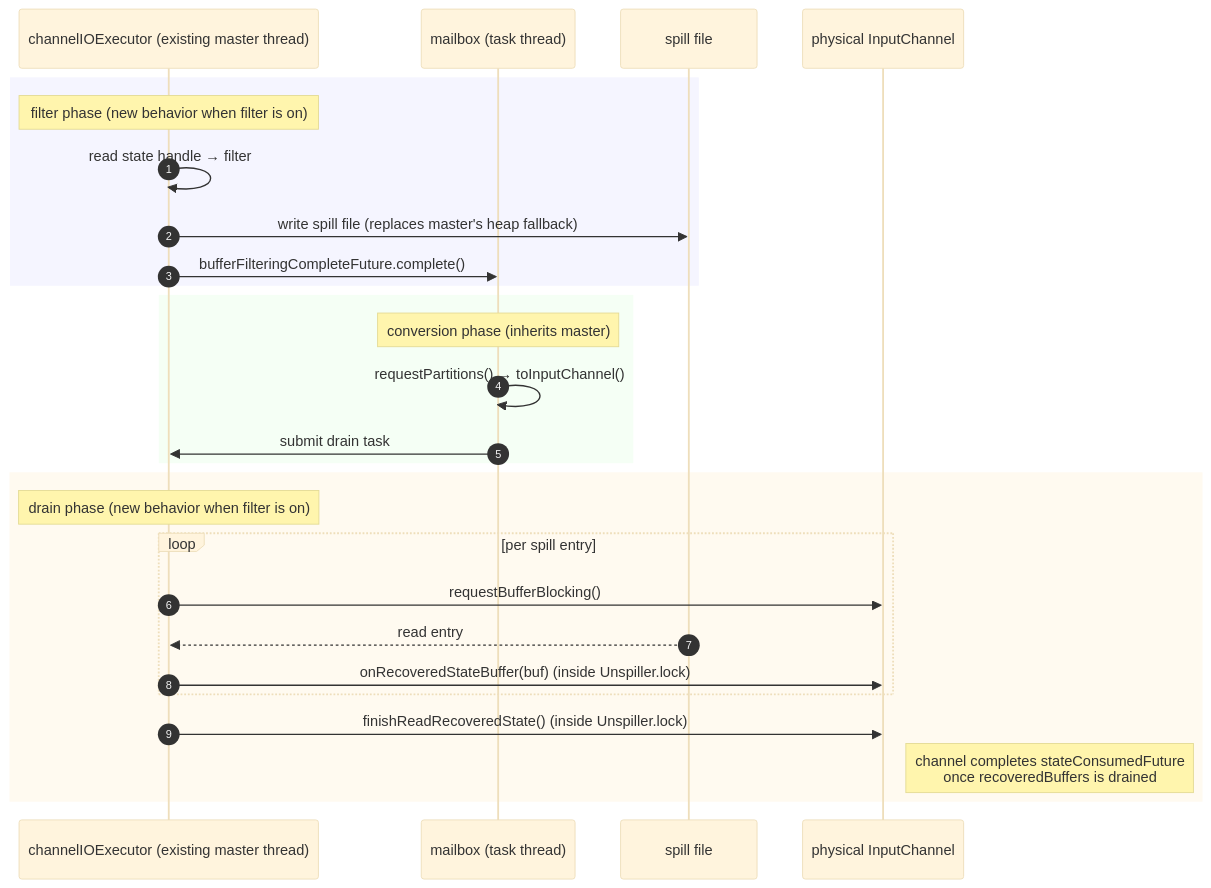
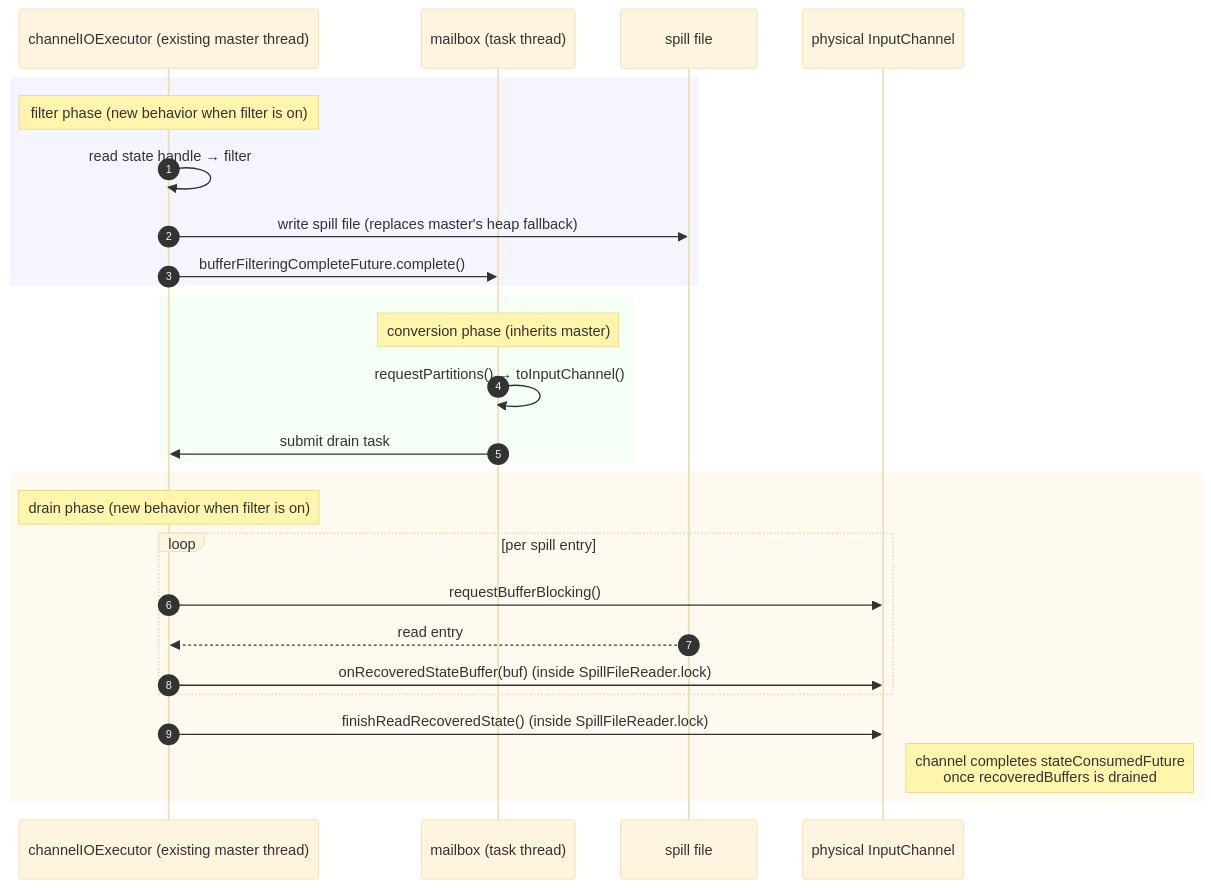
One commit to 1996fanrui/flink changed the first of 2 diagrams in requirements/38544/simplify_approach/overview.md. Above: the diagram before and after it, drawn with Mermaid (base theme). The commit also changed other lines of this file and 3 other files, not shown here.

````diff
--- a/requirements/38544/simplify_approach/overview.md
+++ b/requirements/38544/simplify_approach/overview.md
@@ -27,29 +33,29 @@
 ```mermaid
 sequenceDiagram
     autonumber
     participant CIO as channelIOExecutor (existing master thread)
     participant MB  as mailbox (task thread)
     participant DISK as spill file
     participant PC  as physical InputChannel
     rect rgb(245,245,255)
       Note over CIO: filter phase (new behavior when filter is on)
       CIO->>CIO: read state handle → filter
       CIO->>DISK: write spill file (replaces master's heap fallback)
       CIO->>MB: bufferFilteringCompleteFuture.complete()
     end
     rect rgb(245,255,245)
       Note over MB: conversion phase (inherits master)
       MB->>MB: requestPartitions() → toInputChannel()
       MB->>CIO: submit drain task
     end
     rect rgb(255,250,240)
       Note over CIO: drain phase (new behavior when filter is on)
       loop per spill entry
         CIO->>PC: requestBufferBlocking()
         DISK-->>CIO: read entry
-        CIO->>PC: onRecoveredStateBuffer(buf) (inside Unspiller.lock)
+        CIO->>PC: onRecoveredStateBuffer(buf) (inside SpillFileReader.lock)
       end
-      CIO->>PC: finishReadRecoveredState() (inside Unspiller.lock)
+      CIO->>PC: finishReadRecoveredState() (inside SpillFileReader.lock)
       Note right of PC: channel completes stateConsumedFuture<br/>once recoveredBuffers is drained
     end
 ```
````
